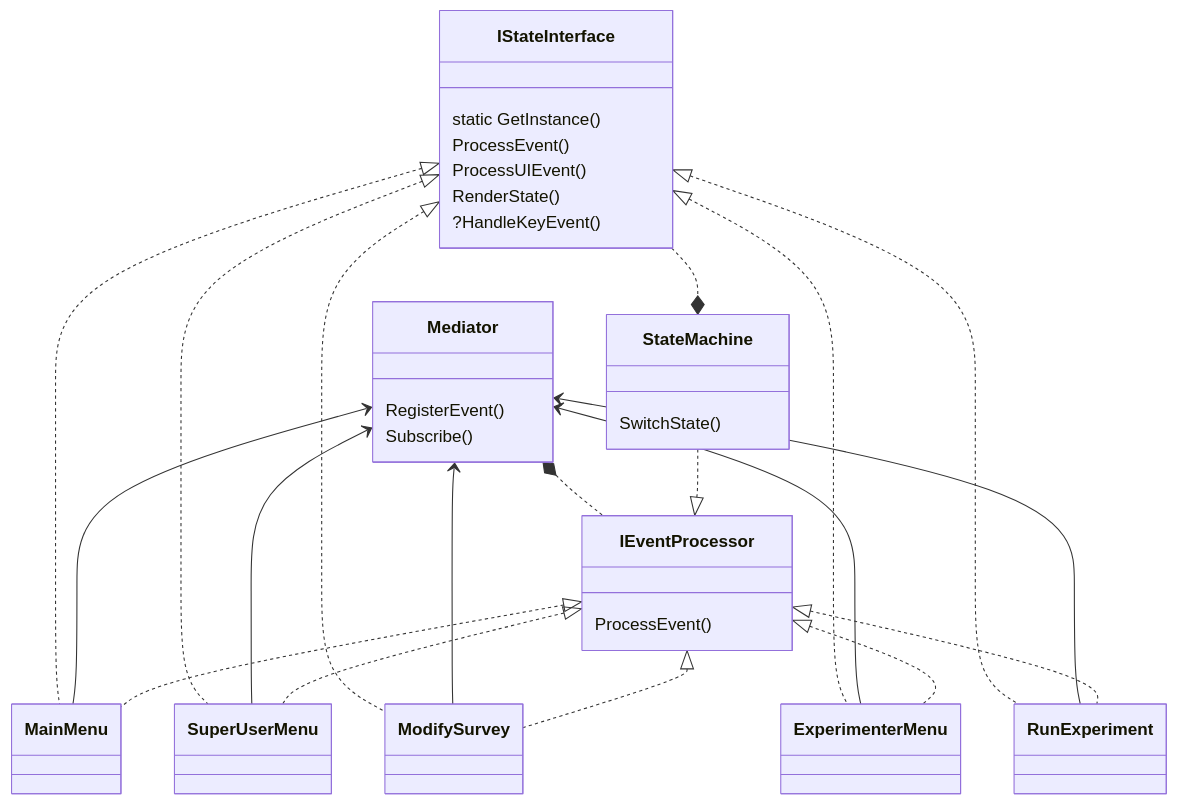
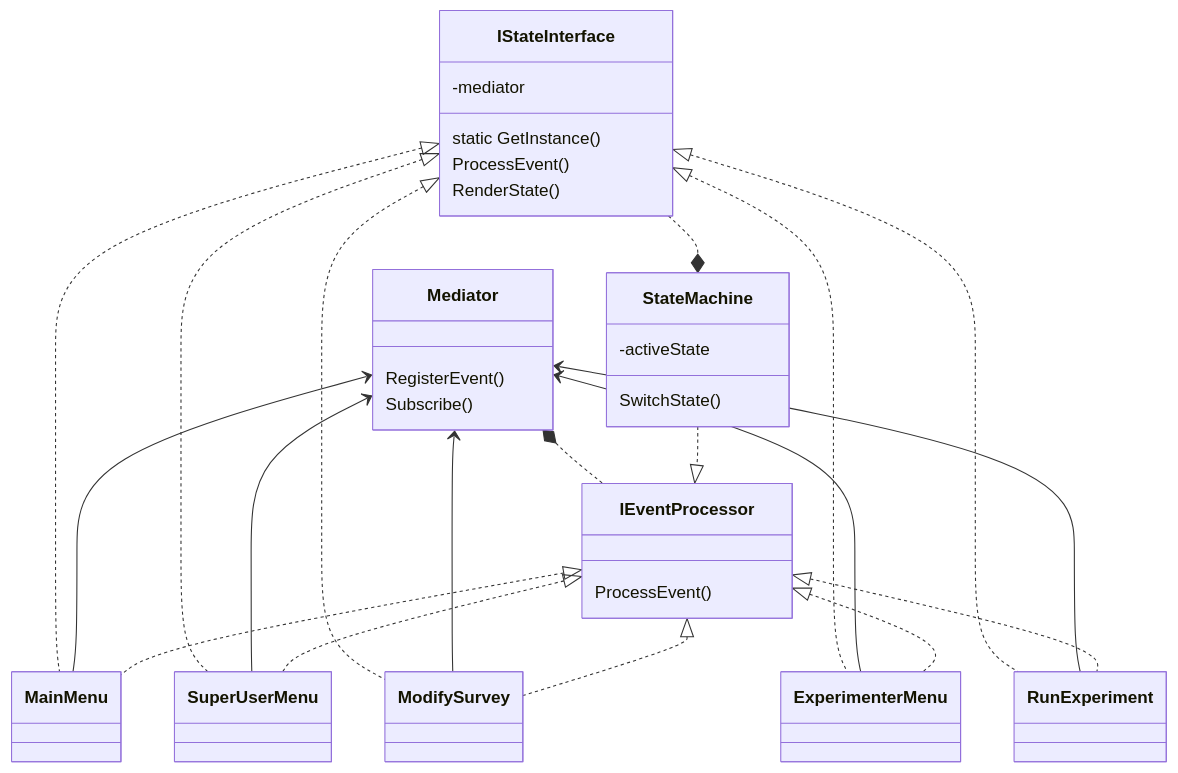
One commit to jonasreholt/SEA changed the diagram in UML/class_diagrams/StateMachine.md. Above: the diagram before and after it, drawn with Mermaid.

Commit message:
Added private fields to state machine and IStateInterface

````diff
--- a/UML/class_diagrams/StateMachine.md
+++ b/UML/class_diagrams/StateMachine.md
@@ -1,41 +1,42 @@
 ```mermaid
 classDiagram
 
     class StateMachine{
+        -activeState
         SwitchState()
     }
 
     class IEventProcessor{
         ProcessEvent()
     }
     class IStateInterface{
+        -mediator
         static GetInstance()
         ProcessEvent()
-        ProcessUIEvent()
         RenderState()
-        ?HandleKeyEvent()
     }
     class Mediator{
         RegisterEvent()
         Subscribe()
     }
+
     IStateInterface     ..* StateMachine
     IStateInterface     <|.. MainMenu
     IStateInterface     <|.. SuperUserMenu
     IStateInterface     <|.. ModifySurvey
     IStateInterface     <|.. ExperimenterMenu
     IStateInterface     <|.. RunExperiment
     Mediator            <--     MainMenu           
     Mediator            <--     SuperUserMenu       
     Mediator            <--     ModifySurvey        
     Mediator            <--     ExperimenterMenu    
     Mediator            <--     RunExperiment       
     Mediator *.. IEventProcessor
     IEventProcessor     <|.. MainMenu
     IEventProcessor     <|.. SuperUserMenu
     IEventProcessor     <|.. ModifySurvey
     IEventProcessor     <|.. ExperimenterMenu
     IEventProcessor     <|.. RunExperiment
     StateMachine        ..|> IEventProcessor
 
 ```
````
